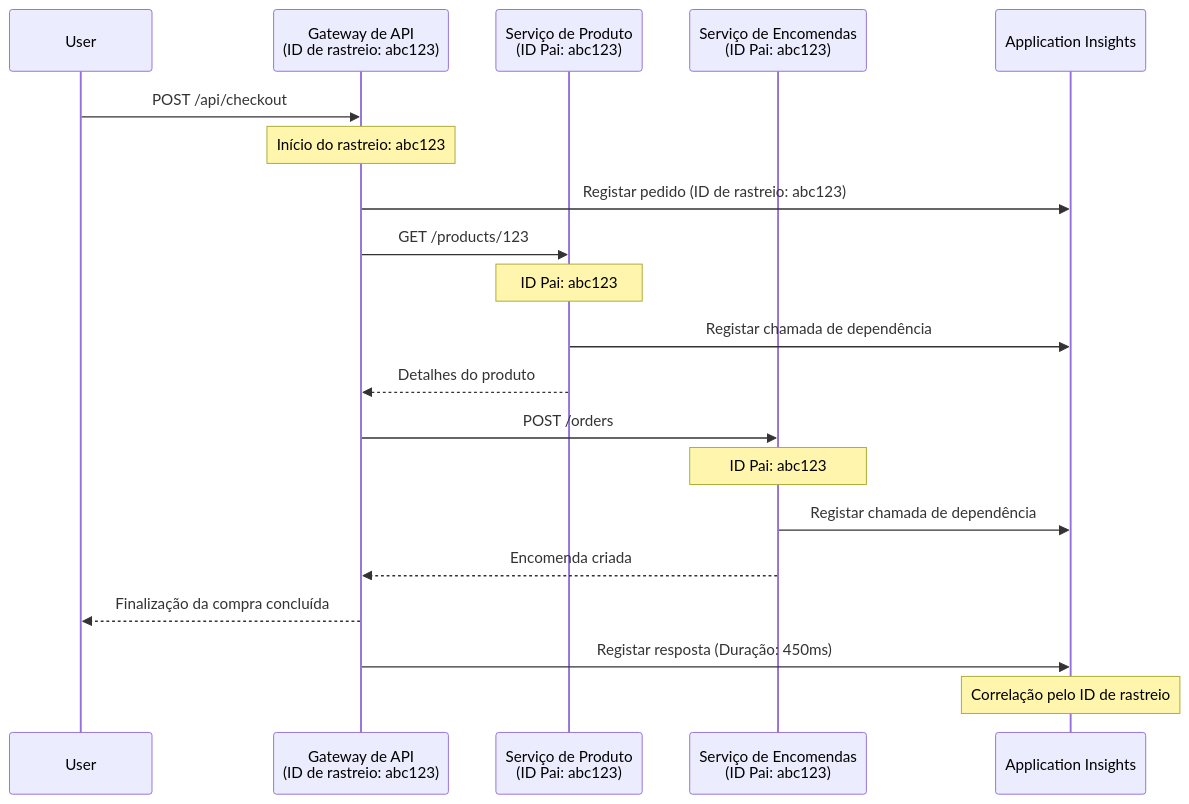
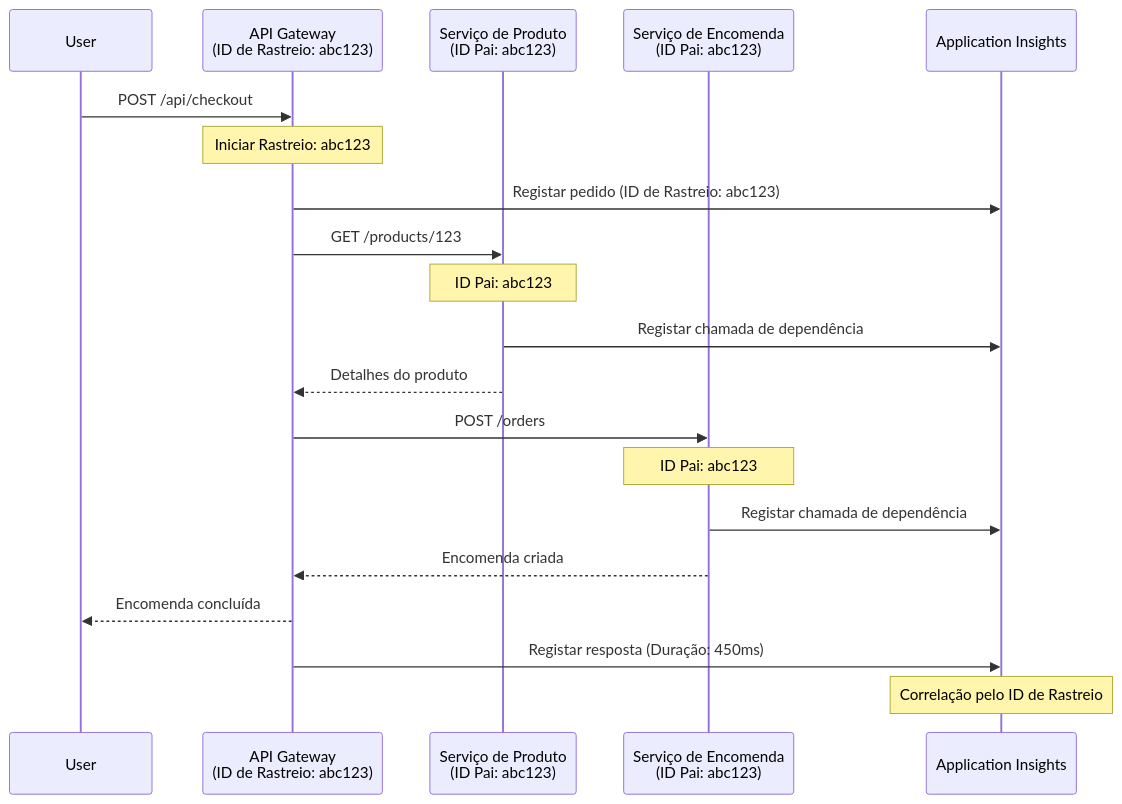
The second of 2 diagrams in translations/pt-PT/docs/chapter-06-pre-deployment/application-insights.md (microsoft/AZD-for-beginners), drawn with Mermaid before and after one commit. The commit also changed other lines of this file and 101 other files, not shown here.

````diff
--- a/translations/pt-PT/docs/chapter-06-pre-deployment/application-insights.md
+++ b/translations/pt-PT/docs/chapter-06-pre-deployment/application-insights.md
@@ -744,27 +744,27 @@
 ```mermaid
 sequenceDiagram
     participant User
-    participant Gateway as Gateway de API<br/>(ID de rastreio: abc123)
+    participant Gateway as API Gateway<br/>(ID de Rastreio: abc123)
     participant Product as Serviço de Produto<br/>(ID Pai: abc123)
-    participant Order as Serviço de Encomendas<br/>(ID Pai: abc123)
+    participant Order as Serviço de Encomenda<br/>(ID Pai: abc123)
     participant AppInsights as Application Insights
     
     User->>Gateway: POST /api/checkout
-    Note over Gateway: Início do rastreio: abc123
-    Gateway->>AppInsights: Registar pedido (ID de rastreio: abc123)
+    Note over Gateway: Iniciar Rastreio: abc123
+    Gateway->>AppInsights: Registar pedido (ID de Rastreio: abc123)
     
     Gateway->>Product: GET /products/123
     Note over Product: ID Pai: abc123
     Product->>AppInsights: Registar chamada de dependência
     Product-->>Gateway: Detalhes do produto
     
     Gateway->>Order: POST /orders
     Note over Order: ID Pai: abc123
     Order->>AppInsights: Registar chamada de dependência
     Order-->>Gateway: Encomenda criada
     
-    Gateway-->>User: Finalização da compra concluída
+    Gateway-->>User: Encomenda concluída
     Gateway->>AppInsights: Registar resposta (Duração: 450ms)
     
-    Note over AppInsights: Correlação pelo ID de rastreio
+    Note over AppInsights: Correlação pelo ID de Rastreio
 ```
````
